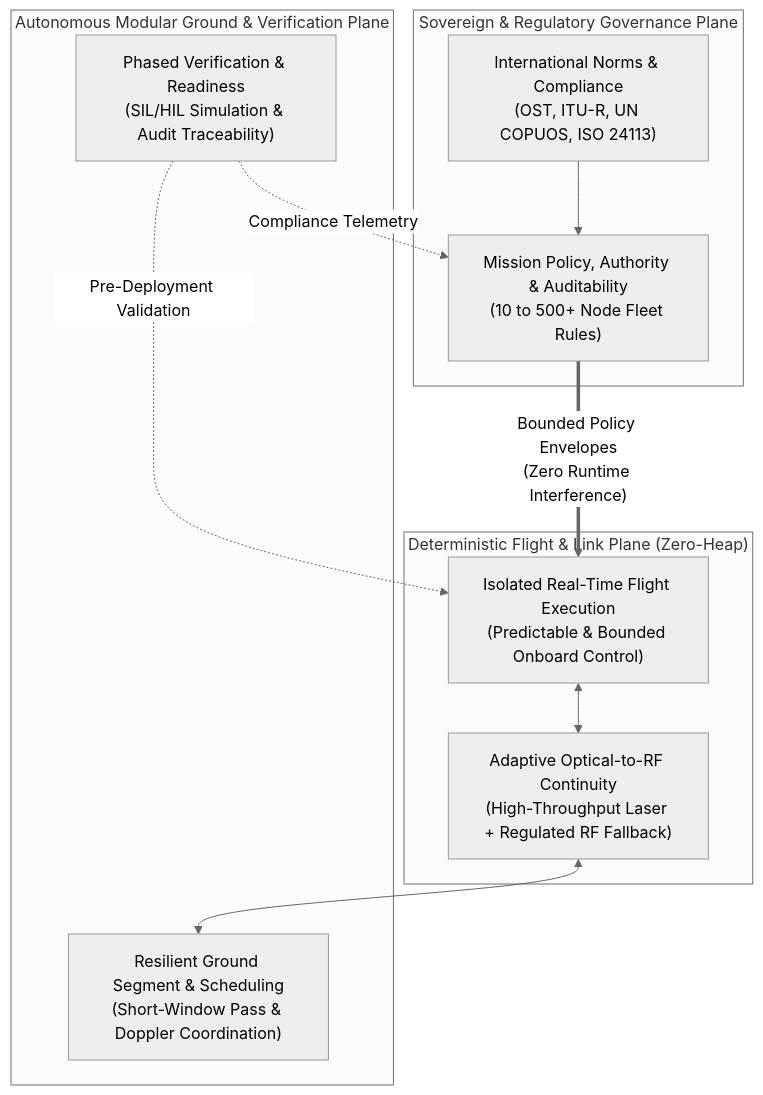
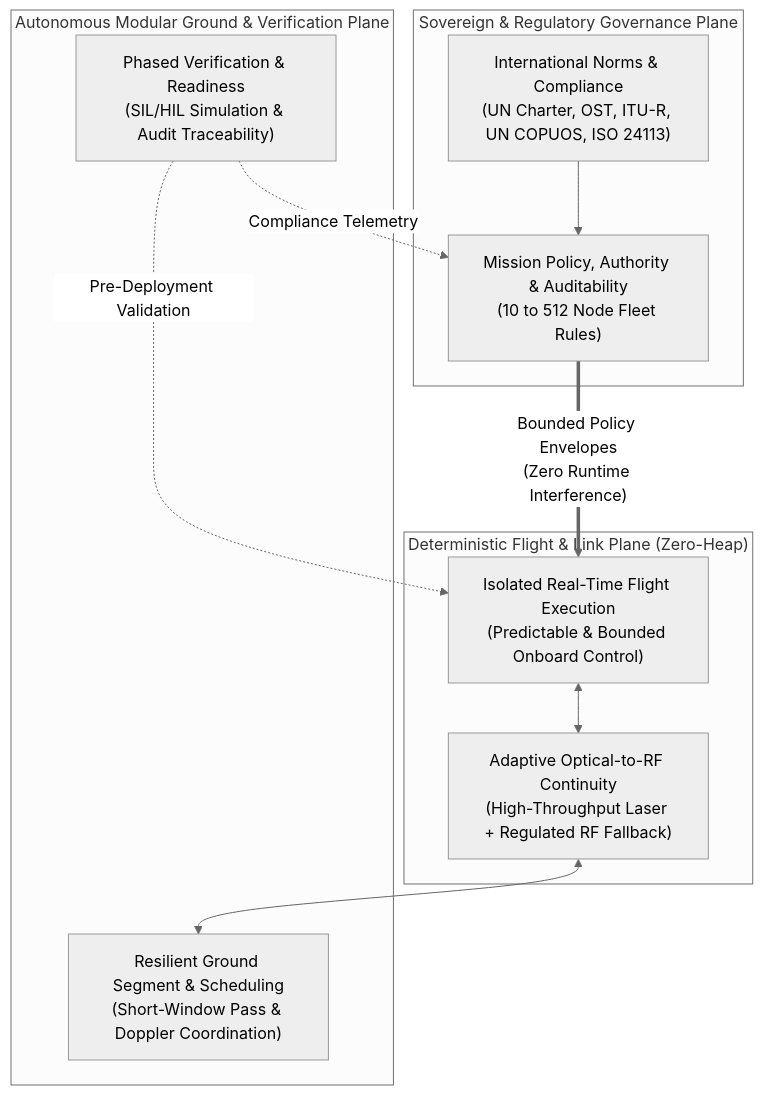
Before and after one commit to kadritalal38-cell/GEONMI-MEMS-Zero-Heap-VLEO-Sovereign-Governance-Architecture-20: the diagram in README.md, drawn with Mermaid (neutral theme). The commit also changed other lines of this file, not shown here.

First line of the commit message:
Revise README with new governance and architecture details

````diff
--- a/README.md
+++ b/README.md
@@ -34,24 +28,24 @@
 ```mermaid
 flowchart TD
     subgraph GOV["Sovereign & Regulatory Governance Plane"]
-        A["International Norms & Compliance<br/>(OST, ITU-R, UN COPUOS, ISO 24113)"]
-        B["Mission Policy, Authority & Auditability<br/>(10 to 500+ Node Fleet Rules)"]
+        A["International Norms & Compliance<br/>(UN Charter, OST, ITU-R, UN COPUOS, ISO 24113)"]
+        B["Mission Policy, Authority & Auditability<br/>(10 to 512 Node Fleet Rules)"]
     end
 
     subgraph EXEC["Deterministic Flight & Link Plane (Zero-Heap)"]
         C["Isolated Real-Time Flight Execution<br/>(Predictable & Bounded Onboard Control)"]
         D["Adaptive Optical-to-RF Continuity<br/>(High-Throughput Laser + Regulated RF Fallback)"]
     end
 
     subgraph GROUND["Autonomous Modular Ground & Verification Plane"]
         E["Resilient Ground Segment & Scheduling<br/>(Short-Window Pass & Doppler Coordination)"]
         F["Phased Verification & Readiness<br/>(SIL/HIL Simulation & Audit Traceability)"]
     end
 
     A --> B
     B == "Bounded Policy Envelopes<br/>(Zero Runtime Interference)" ==> C
     C <--> D
     D <--> E
     F -. "Pre-Deployment Validation" .-> C
     F -. "Compliance Telemetry" .-> B
 ```
````
